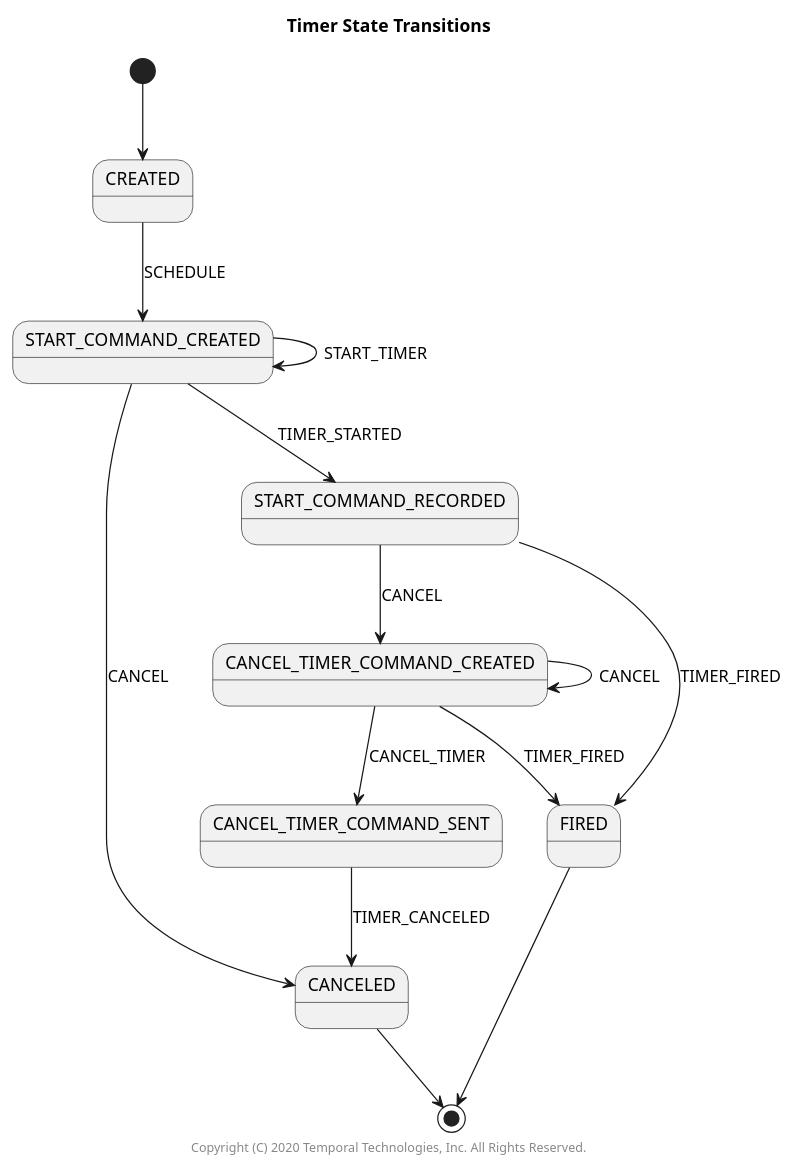
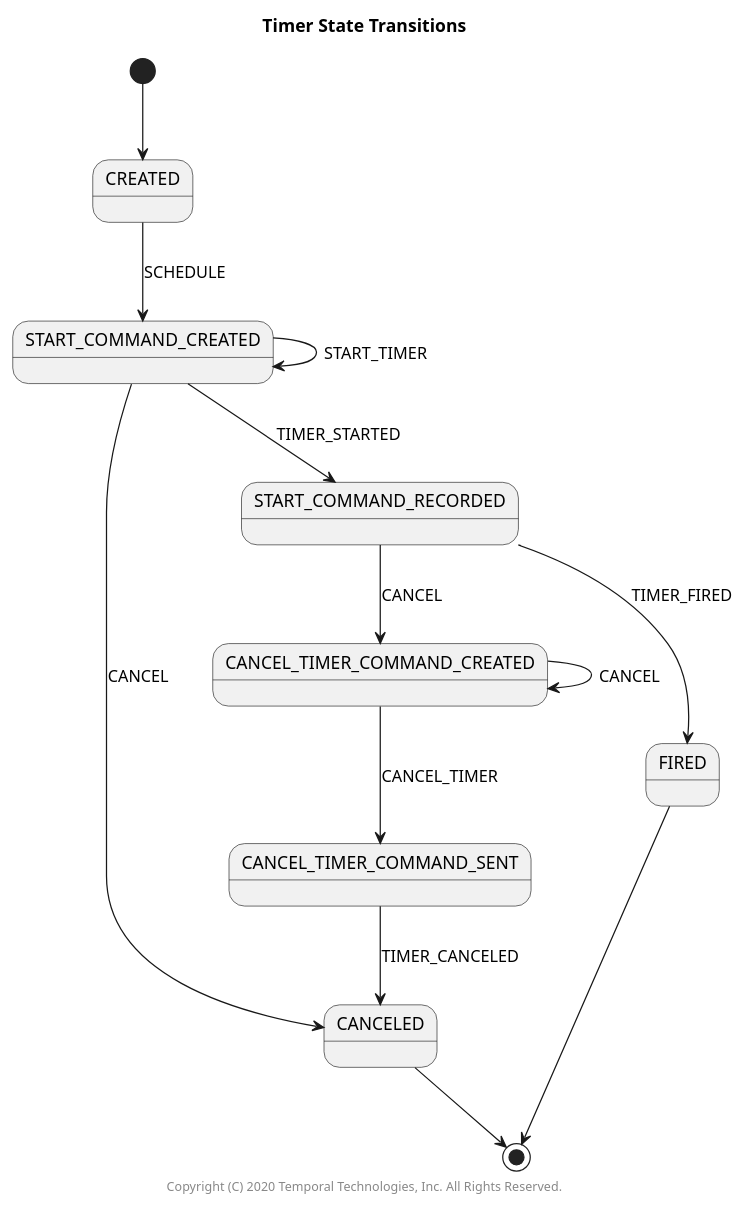
Before and after one commit to temporalio/sdk-java: the diagram in src/main/java/io/temporal/internal/statemachines/TimerStateMachine.puml, drawn with PlantUML. The commit also changed 18 other files, not shown here.

```diff
--- a/src/main/java/io/temporal/internal/statemachines/TimerStateMachine.puml
+++ b/src/main/java/io/temporal/internal/statemachines/TimerStateMachine.puml
@@ -23,18 +23,17 @@
 @startuml
 title Timer State Transitions
 
 [*] --> CREATED
 CANCEL_TIMER_COMMAND_CREATED --> CANCEL_TIMER_COMMAND_CREATED: CANCEL
 CANCEL_TIMER_COMMAND_CREATED --> CANCEL_TIMER_COMMAND_SENT: CANCEL_TIMER
-CANCEL_TIMER_COMMAND_CREATED --> FIRED: TIMER_FIRED
 CANCEL_TIMER_COMMAND_SENT --> CANCELED: TIMER_CANCELED
 CREATED --> START_COMMAND_CREATED: SCHEDULE
 START_COMMAND_CREATED --> START_COMMAND_CREATED: START_TIMER
 START_COMMAND_CREATED --> START_COMMAND_RECORDED: TIMER_STARTED
 START_COMMAND_CREATED --> CANCELED: CANCEL
 START_COMMAND_RECORDED --> FIRED: TIMER_FIRED
 START_COMMAND_RECORDED --> CANCEL_TIMER_COMMAND_CREATED: CANCEL
 FIRED --> [*]
 CANCELED --> [*]
 center footer Copyright (C) 2020 Temporal Technologies, Inc. All Rights Reserved.
 @enduml
```
